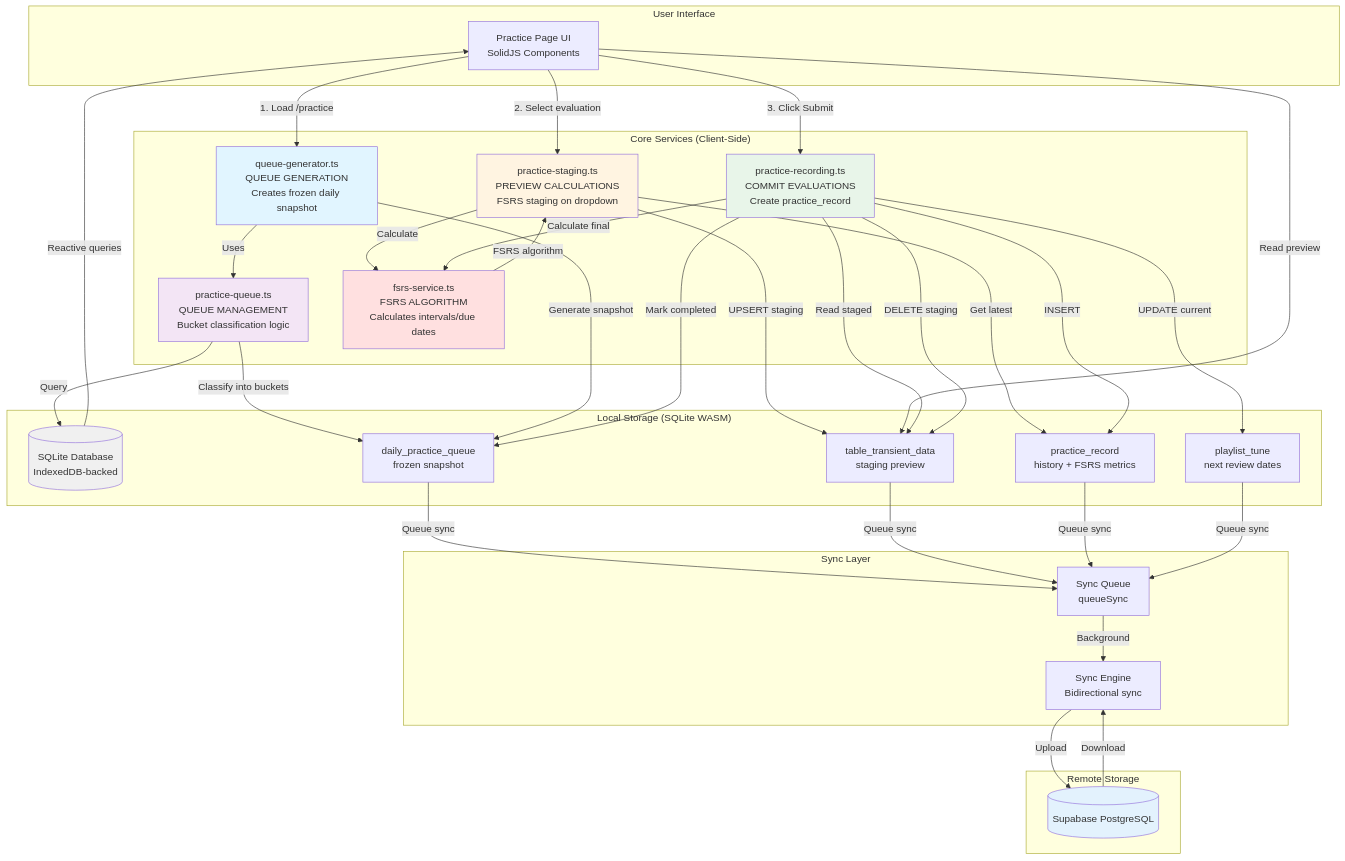
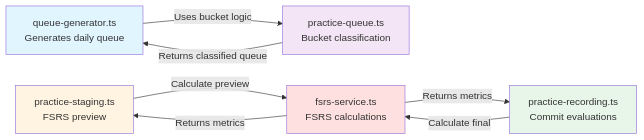
One commit to sboagy/tunetrees changed the diagram in _notes/scheduling-architecture-diagram.md. Above: the diagram before and after it, drawn with Mermaid. The commit also changed other lines of this file, not shown here.

Commit message:
Simplify architecture diagram to focus on 5 core scheduling files

````diff
--- a/_notes/scheduling-architecture-diagram.md
+++ b/_notes/scheduling-architecture-diagram.md
@@ -8,77 +9,26 @@
 ```mermaid
-graph TB
-    subgraph UI["User Interface"]
-        UI_PAGE[Practice Page UI<br/>SolidJS Components]
-    end
-
-    subgraph SERVICES["Core Services (Client-Side)"]
-        QG[queue-generator.ts<br/>QUEUE GENERATION<br/>Creates frozen daily snapshot]
-        PS[practice-staging.ts<br/>PREVIEW CALCULATIONS<br/>FSRS staging on dropdown]
-        PR[practice-recording.ts<br/>COMMIT EVALUATIONS<br/>Create practice_record]
-        PQ[practice-queue.ts<br/>QUEUE MANAGEMENT<br/>Bucket classification logic]
-        FS[fsrs-service.ts<br/>FSRS ALGORITHM<br/>Calculates intervals/due dates]
-    end
-
-    subgraph STORAGE["Local Storage (SQLite WASM)"]
-        DB[(SQLite Database<br/>IndexedDB-backed)]
-        PT[playlist_tune<br/>next review dates]
-        PRE[practice_record<br/>history + FSRS metrics]
-        DPQ[daily_practice_queue<br/>frozen snapshot]
-        TTD[table_transient_data<br/>staging preview]
-    end
-
-    subgraph SYNC["Sync Layer"]
-        SQ[Sync Queue<br/>queueSync]
-        SE[Sync Engine<br/>Bidirectional sync]
-    end
-
-    subgraph REMOTE["Remote Storage"]
-        SP[(Supabase PostgreSQL)]
-    end
-
-    %% User initiates practice
-    UI_PAGE -->|1. Load /practice| QG
-    UI_PAGE -->|2. Select evaluation| PS
-    UI_PAGE -->|3. Click Submit| PR
+graph LR
+    QG[queue-generator.ts<br/>Generates daily queue]
+    PQ[practice-queue.ts<br/>Bucket classification]
+    PS[practice-staging.ts<br/>FSRS preview]
+    PR[practice-recording.ts<br/>Commit evaluations]
+    FS[fsrs-service.ts<br/>FSRS calculations]
 
     %% Queue Generation Flow
-    QG -->|Uses| PQ
-    PQ -->|Query| DB
-    PQ -->|Classify into buckets| DPQ
-    QG -->|Generate snapshot| DPQ
-    DPQ -->|Queue sync| SQ
+    QG -->|Uses bucket logic| PQ
+    PQ -->|Returns classified queue| QG
 
-    %% Staging Flow (Preview)
-    PS -->|Get latest| PRE
-    PS -->|Calculate| FS
-    FS -->|FSRS algorithm| PS
-    PS -->|UPSERT staging| TTD
-    TTD -->|Queue sync| SQ
-    UI_PAGE -->|Read preview| TTD
+    %% Staging Flow (User selects dropdown)
+    PS -->|Calculate preview| FS
+    FS -->|Returns metrics| PS
 
-    %% Recording Flow (Commit)
-    PR -->|Read staged| TTD
+    %% Recording Flow (User clicks Submit)
     PR -->|Calculate final| FS
-    PR -->|INSERT| PRE
-    PR -->|UPDATE current| PT
-    PR -->|Mark completed| DPQ
-    PR -->|DELETE staging| TTD
-    PRE -->|Queue sync| SQ
-    PT -->|Queue sync| SQ
-
-    %% Sync Flow
-    SQ -->|Background| SE
-    SE -->|Upload| SP
-    SP -->|Download| SE
-
-    %% Return to UI
-    DB -->|Reactive queries| UI_PAGE
+    FS -->|Returns metrics| PR
 
     style QG fill:#e1f5ff
+    style PQ fill:#f3e5f5
     style PS fill:#fff4e1
     style PR fill:#e8f5e9
-    style PQ fill:#f3e5f5
     style FS fill:#ffe0e0
-    style DB fill:#f0f0f0
-    style SP fill:#e3f2fd
 ```
````
